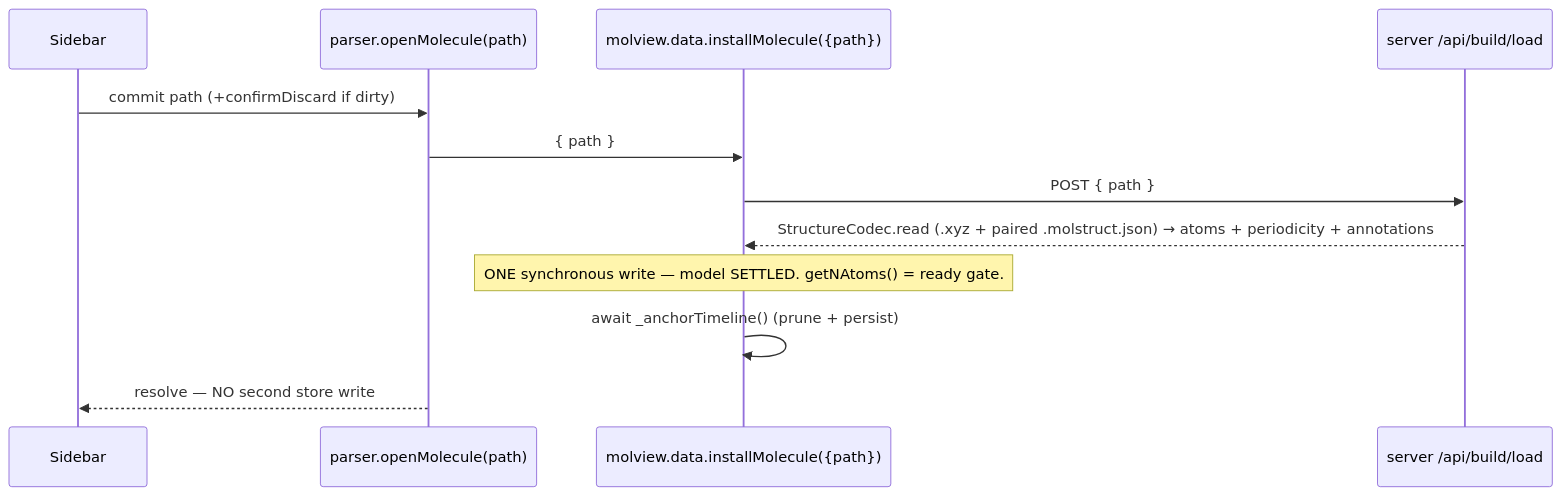
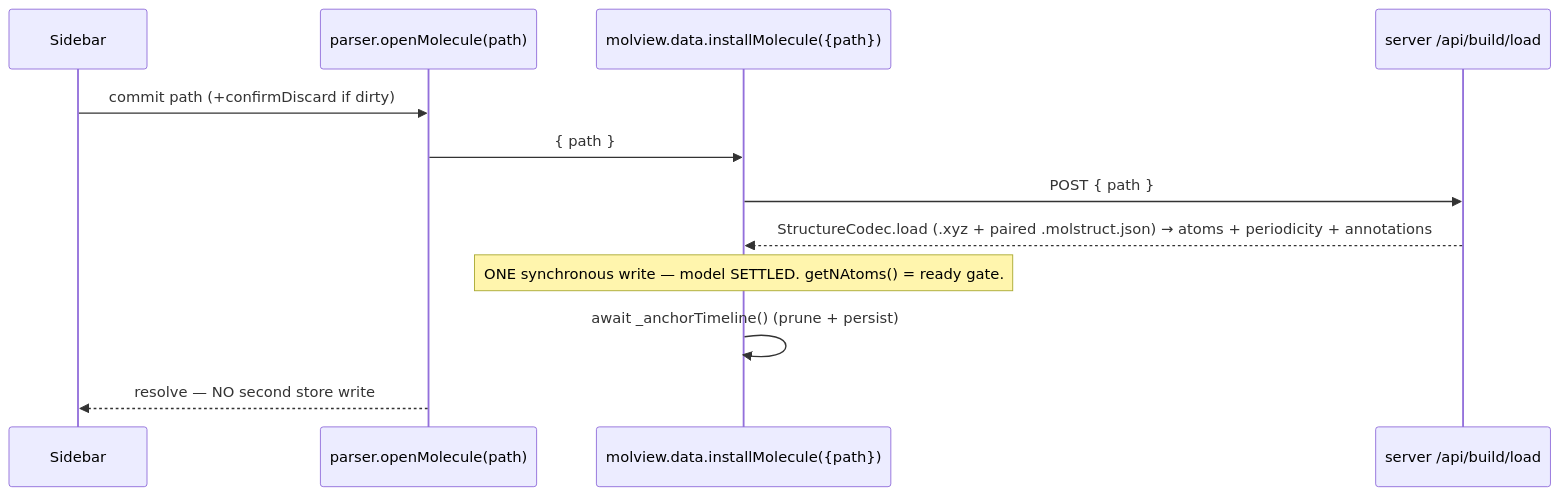
The second of 3 diagrams in docs/model/structure.md (Qing-LAB/molbuilder), drawn with Mermaid before and after one commit. The commit also changed other lines of this file and 136 other files, not shown here.

````diff
--- a/docs/model/structure.md
+++ b/docs/model/structure.md
@@ -1218,14 +1218,14 @@
 ```mermaid
 sequenceDiagram
     participant U as Sidebar
     participant D as parser.openMolecule(path)
     participant IM as molview.data.installMolecule({path})
     participant BL as server /api/build/load
     U->>D: commit path (+confirmDiscard if dirty)
     D->>IM: { path }
     IM->>BL: POST { path }
-    BL-->>IM: StructureCodec.read (.xyz + paired .molstruct.json) → atoms + periodicity + annotations
+    BL-->>IM: StructureCodec.load (.xyz + paired .molstruct.json) → atoms + periodicity + annotations
     Note over IM: ONE synchronous write — model SETTLED. getNAtoms() = ready gate.
     IM->>IM: await _anchorTimeline() (prune + persist)
     D-->>U: resolve — NO second store write
 ```
````
